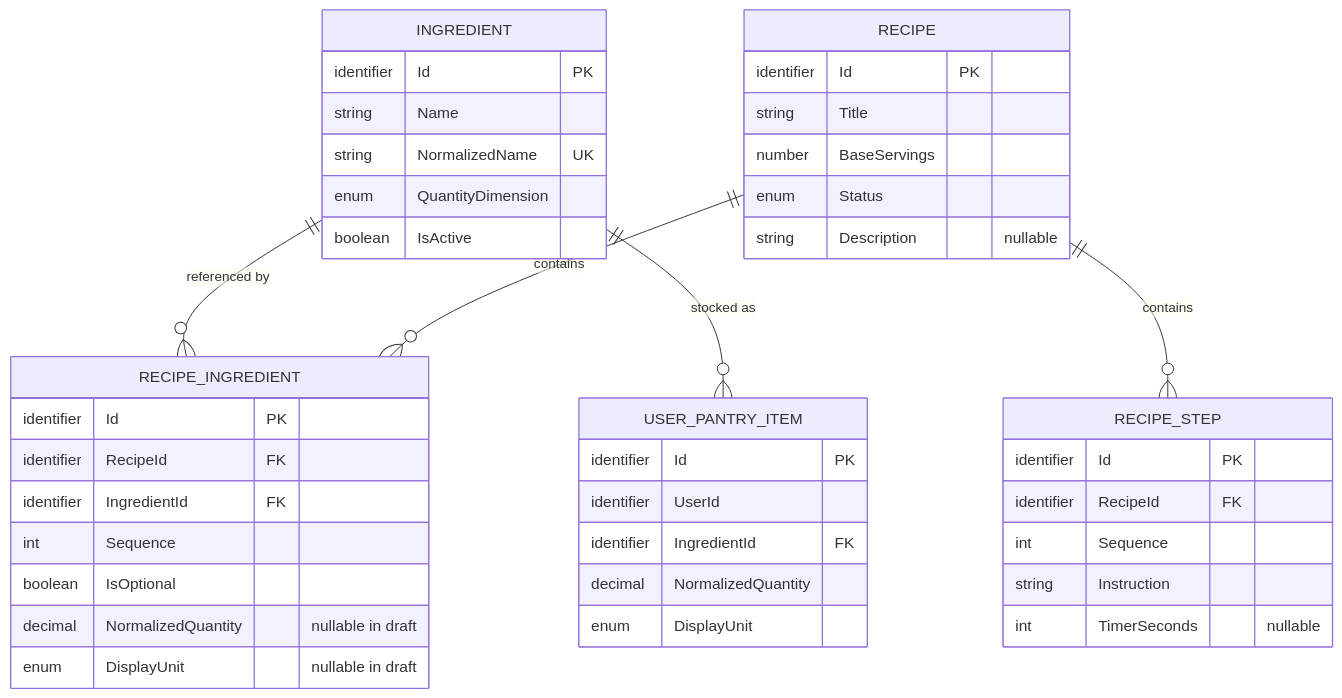
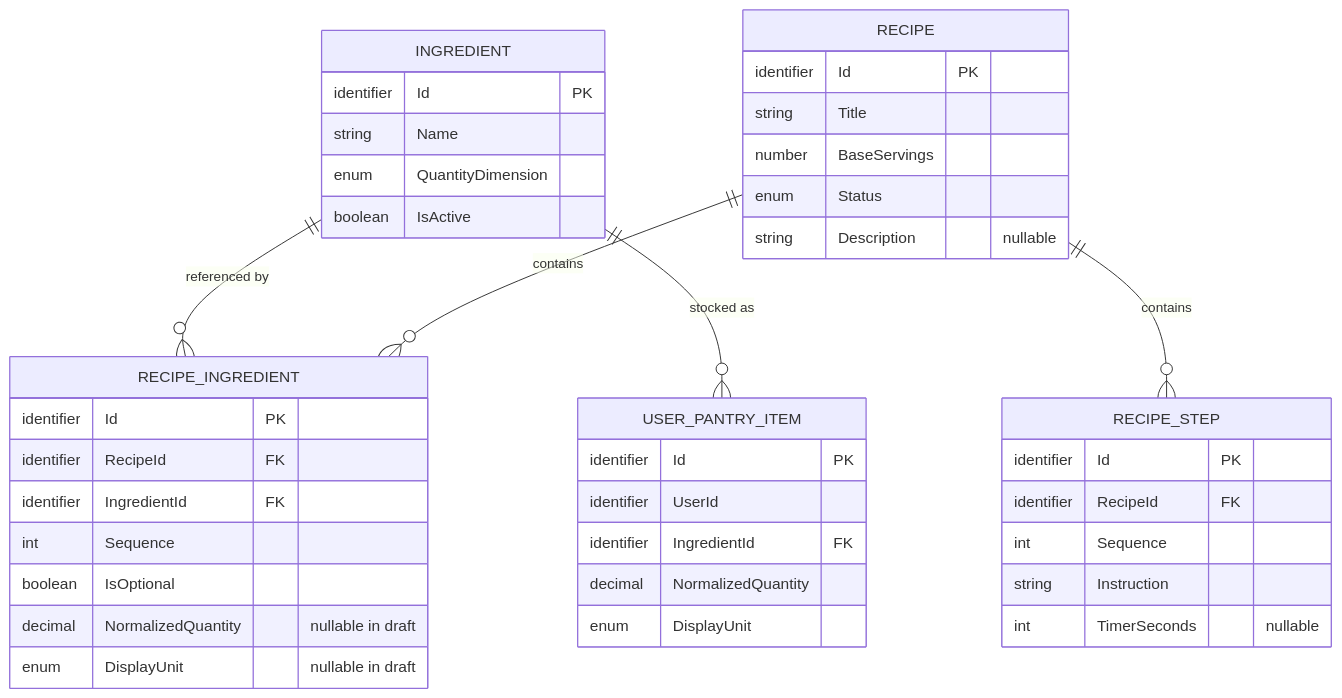
The first of 2 diagrams in docs/data-model.md (okanbeyx/smart-kitchen-assistant), drawn with Mermaid before and after one commit. The commit also changed other lines of this file and 15 other files, not shown here.

````diff
--- a/docs/data-model.md
+++ b/docs/data-model.md
@@ -222,49 +221,48 @@
 ```mermaid
 erDiagram
     INGREDIENT ||--o{ RECIPE_INGREDIENT : "referenced by"
     RECIPE ||--o{ RECIPE_INGREDIENT : "contains"
     RECIPE ||--o{ RECIPE_STEP : "contains"
     INGREDIENT ||--o{ USER_PANTRY_ITEM : "stocked as"
 
     INGREDIENT {
         identifier Id PK
         string Name
-        string NormalizedName UK
         enum QuantityDimension
         boolean IsActive
     }
 
     RECIPE {
         identifier Id PK
         string Title
         number BaseServings
         enum Status
         string Description "nullable"
     }
 
     RECIPE_INGREDIENT {
         identifier Id PK
         identifier RecipeId FK
         identifier IngredientId FK
         int Sequence
         boolean IsOptional
         decimal NormalizedQuantity "nullable in draft"
         enum DisplayUnit "nullable in draft"
     }
 
     RECIPE_STEP {
         identifier Id PK
         identifier RecipeId FK
         int Sequence
         string Instruction
         int TimerSeconds "nullable"
     }
 
     USER_PANTRY_ITEM {
         identifier Id PK
         identifier UserId
         identifier IngredientId FK
         decimal NormalizedQuantity
         enum DisplayUnit
     }
 ```
````
